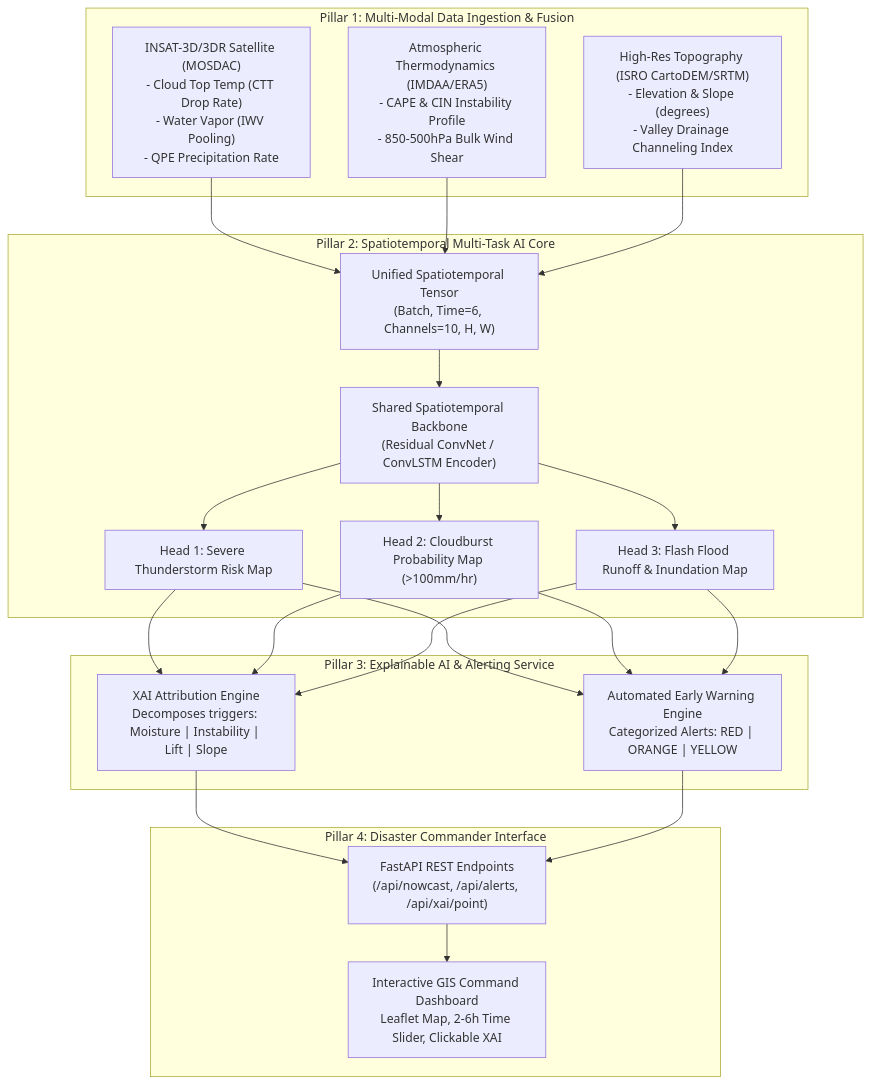
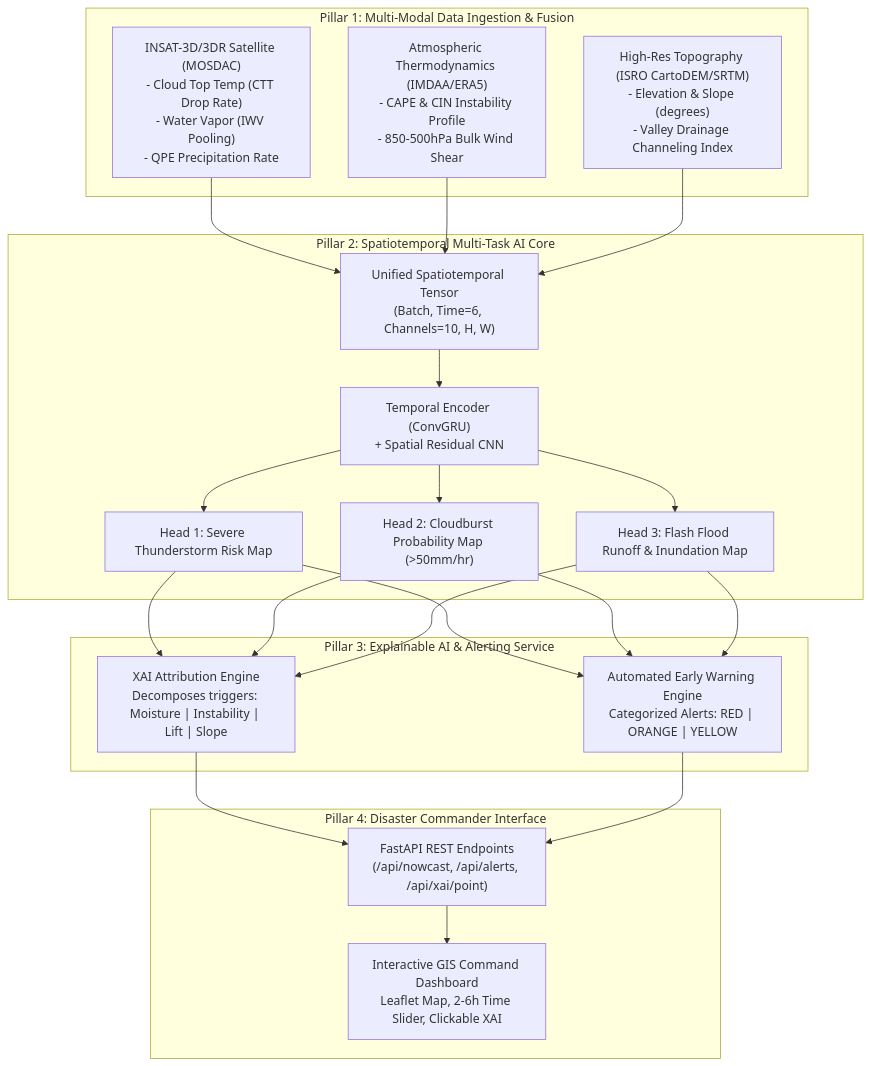
Before and after one commit to arcanekrishna/Megh_drishti: the diagram in README.md, drawn with Mermaid. The commit also changed other lines of this file and 17 other files, not shown here.

Commit message:
SIH V2: Upgraded to Recurrent ConvGRU Architecture with proper ERA5 data pipeline

````diff
--- a/README.md
+++ b/README.md
@@ -21,27 +21,27 @@
 ```mermaid
 flowchart TB
     subgraph Data_Inputs [Pillar 1: Multi-Modal Data Ingestion & Fusion]
         A["INSAT-3D/3DR Satellite (MOSDAC)\n- Cloud Top Temp (CTT Drop Rate)\n- Water Vapor (IWV Pooling)\n- QPE Precipitation Rate"]
         B["Atmospheric Thermodynamics (IMDAA/ERA5)\n- CAPE & CIN Instability Profile\n- 850-500hPa Bulk Wind Shear"]
         C["High-Res Topography (ISRO CartoDEM/SRTM)\n- Elevation & Slope (degrees)\n- Valley Drainage Channeling Index"]
     end
 
     subgraph AI_Core [Pillar 2: Spatiotemporal Multi-Task AI Core]
-        D["Unified Spatiotemporal Tensor\n(Batch, Time=6, Channels=10, H, W)"] --> E["Shared Spatiotemporal Backbone\n(Residual ConvNet / ConvLSTM Encoder)"]
+        D["Unified Spatiotemporal Tensor\n(Batch, Time=6, Channels=10, H, W)"] --> E["Temporal Encoder (ConvGRU)\n+ Spatial Residual CNN"]
         E --> F["Head 1: Severe Thunderstorm Risk Map"]
-        E --> G["Head 2: Cloudburst Probability Map (>100mm/hr)"]
+        E --> G["Head 2: Cloudburst Probability Map (>50mm/hr)"]
         E --> H["Head 3: Flash Flood Runoff & Inundation Map"]
     end
 
     subgraph XAI_Alerts [Pillar 3: Explainable AI & Alerting Service]
         F & G & H --> I["XAI Attribution Engine\nDecomposes triggers: Moisture | Instability | Lift | Slope"]
         F & G & H --> J["Automated Early Warning Engine\nCategorized Alerts: RED | ORANGE | YELLOW"]
     end
 
     subgraph Delivery [Pillar 4: Disaster Commander Interface]
         I & J --> K["FastAPI REST Endpoints\n(/api/nowcast, /api/alerts, /api/xai/point)"]
         K --> L["Interactive GIS Command Dashboard\nLeaflet Map, 2-6h Time Slider, Clickable XAI"]
     end
 
     A & B & C --> D
 ```
````
